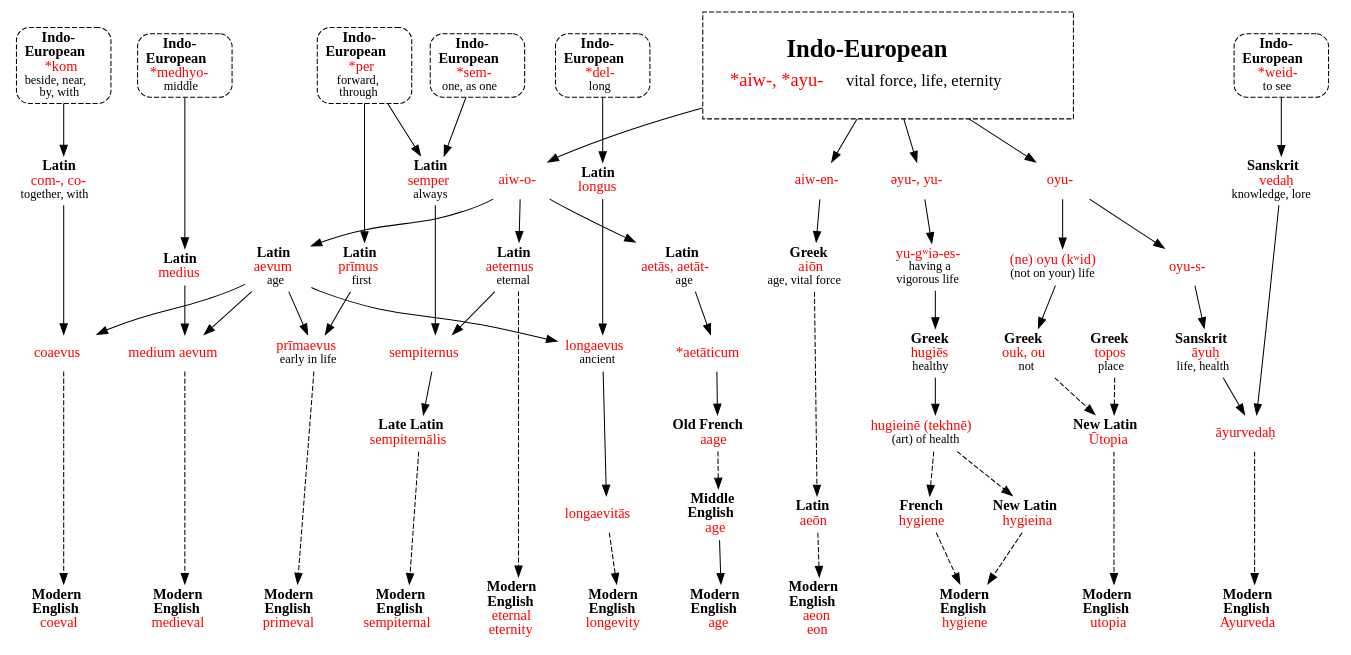
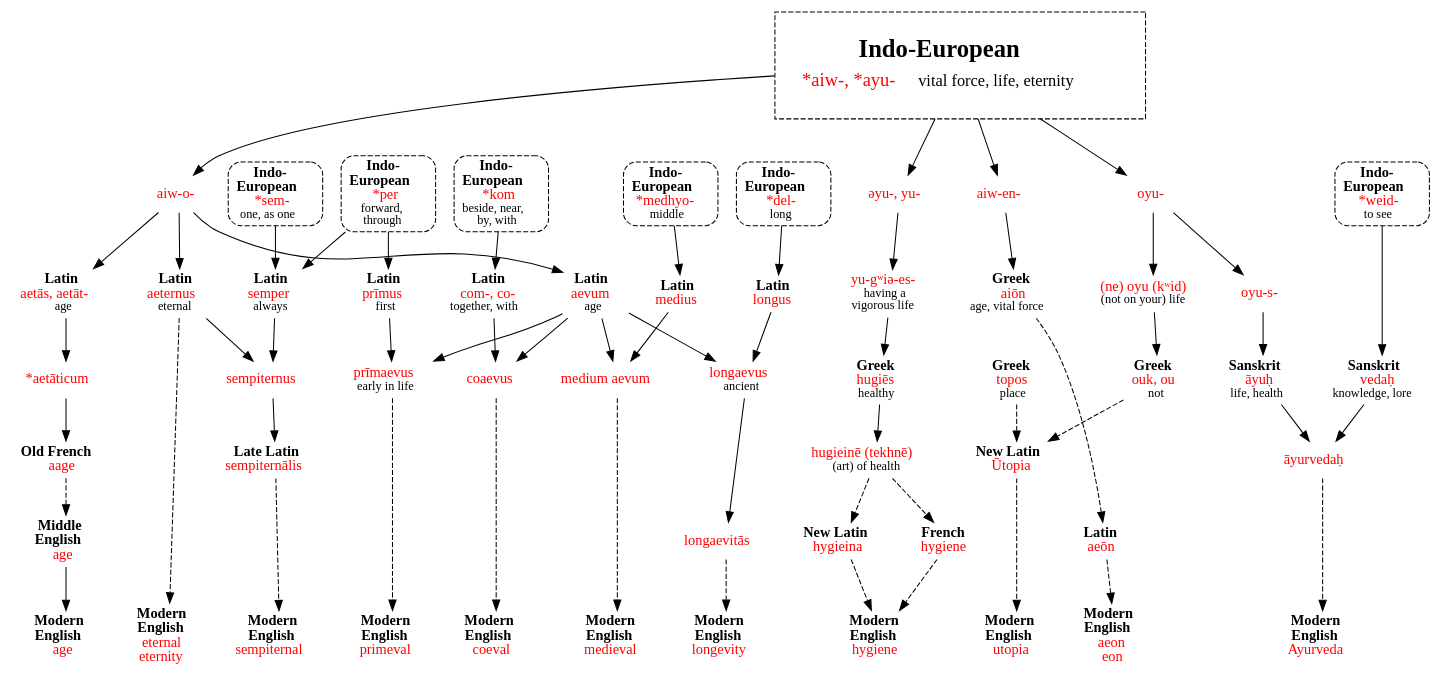
The diagram in aiw-life2.gv (thebrokenhallelujah/trees), drawn with Graphviz before and after one commit. The commit also changed 9 other files, not shown here.

```diff
--- a/aiw-life2.gv
+++ b/aiw-life2.gv
@@ -1,116 +1,116 @@
 strict digraph {
 /* sources: AHD */
 node [shape=none]
 
 aiwIE [label=<<table border="0"><tr><td colspan="2"><font point-size="24"><b>Indo-European</b></font></td></tr><tr><td><font point-size="18" color="red">*aiw-, *ayu-</font></td><td><font point-size="16">vital force, life, eternity</font></td></tr></table>> tooltip="Indo-European \"*aiw-, *ayu-\" vital force, life, eternity" shape=rect style=dashed peripheries=1 margin=.3 URL="aiw-life0.svg"]
 
 // coeval
 komIE [label=<<b>Indo-<br/>European</b><br/><font color="red">*kom</font><br/><font point-size="12">beside, near,<br/>by, with</font>> shape=box style="dashed,rounded" URL="kom-with.svg"]
 coL [label=<<b>Latin</b><br/><font color="red">com-, co-</font><br/><font point-size="12">together, with</font>>]
 aiwoIE [label=<<font color="red">aiw-o-</font>>]
 aevumL [label=<<b>Latin</b><br/><font color="red">aevum</font><br/><font point-size="12">age</font>>]
 coaevusL [label=<<font color="red">coaevus</font>>]
 coeval [label=<<b>Modern<br/>English</b><br/><font color="red">coeval</font>>]
 komIE -> coL
 aiwIE -> aiwoIE -> aevumL
 { coL aevumL } -> coaevusL
 coaevusL -> coeval [style=dashed]
 
 // medieval
 medhyoIE [label=<<b>Indo-<br/>European</b><br/><font color="red">*medhyo-</font><br/><font point-size="12">middle</font>> shape=box style="dashed,rounded" URL="medhyo-middle2.svg"]
 mediusL [label=<<b>Latin</b><br/><font color="red">medius</font>>]
 mediumaevumL [label=<<font color="red">medium aevum</font>>]
 medieval [label=<<b>Modern<br/>English</b><br/><font color="red">medieval</font>>]
 medhyoIE -> mediusL
 { mediusL aevumL } -> mediumaevumL
 mediumaevumL -> medieval [style=dashed]
 
 // primeval
 perIE [label=<<b>Indo-<br/>European</b><br/><font color="red">*per</font><br/><font point-size="12">forward,<br/>through</font>> shape=box style="dashed,rounded" URL="per-prai2.svg"]
 primusL [label=<<b>Latin</b><br/><font color="red">prīmus</font><br/><font point-size="12">first</font>>]
 primaevusL [label=<<font color="red">prīmaevus</font><br/><font point-size="12">early in life</font>>]
 primeval [label=<<b>Modern<br/>English</b><br/><font color="red">primeval</font>>]
 perIE -> primusL
 { primusL aevumL } -> primaevusL
 primaevusL -> primeval [style=dashed]
 
 // longevity
-delIE [label=<<b>Indo-<br/>European</b><br/><font color="red">*del-</font><br/><font point-size="12">long</font>> shape=box style="dashed,rounded" URL="del-long.svg"]
+delIE [label=<<b>Indo-<br/>European</b><br/><font color="red">*del-</font><br/><font point-size="12">long</font>> shape=box style="dashed,rounded" URL="del-long1.svg"]
 longusL [label=<<b>Latin</b><br/><font color="red">longus</font>>]
 longaevusL [label=<<font color="red">longaevus</font><br/><font point-size="12">ancient</font>>]
 longaevitasL [label=<<font color="red">longaevitās</font>>]
 longevity [label=<<b>Modern<br/>English</b><br/><font color="red">longevity</font>>]
 delIE -> longusL
 { longusL aevumL } -> longaevusL -> longaevitasL
 longaevitasL -> longevity [style=dashed]
 
 // eternal, eternity
 aeternusL [label=<<b>Latin</b><br/><font color="red">aeternus</font><br/><font point-size="12">eternal</font>>]
 eternal [label=<<b>Modern<br/>English</b><br/><font color="red">eternal<br/>eternity</font>>]
 aiwoIE -> aeternusL 
 aeternusL -> eternal [style=dashed]
 
 // sempiternal
 semIE [label=<<b>Indo-<br/>European</b><br/><font color="red">*sem-</font><br/><font point-size="12">one, as one</font>> shape=box style="dashed,rounded" URL="sem-one1.svg"]
 semperL [label=<<b>Latin</b><br/><font color="red">semper</font><br/><font point-size="12">always</font>>]
 sempiternusL [label=<<font color="red">sempiternus</font>>]
 sempiternalisL [label=<<b>Late Latin</b><br/><font color="red">sempiternālis</font>>]
 sempiternal [label=<<b>Modern<br/>English</b><br/><font color="red">sempiternal</font>>]
 { semIE perIE } -> semperL 
 { semperL aeternusL } -> sempiternusL -> sempiternalisL
 sempiternalisL -> sempiternal [style=dashed]
 
 // age
 aetasL [label=<<b>Latin</b><br/><font color="red">aetās, aetāt-</font><br/><font point-size="12">age</font>>]
 aetaticumL [label=<<font color="red">*aetāticum</font>>]
 aageOF [label=<<b>Old French</b><br/><font color="red">aage</font>>]
 ageME [label=<<b>Middle<br/>English</b><br/><font color="red">age</font>>]
 age [label=<<b>Modern<br/>English</b><br/><font color="red">age</font>>]
 aiwoIE -> aetasL -> aetaticumL -> aageOF
 aageOF -> ageME [style=dashed]
 ageME -> age
 
 // eon
 aiwenIE [label=<<font color="red">aiw-en-</font>>]
 aionGk [label=<<b>Greek</b><br/><font color="red">aiōn</font><br/><font point-size="12">age, vital force</font>>]
 aeonL [label=<<b>Latin</b><br/><font color="red">aeōn</font>>]
 eon [label=<<b>Modern<br/>English</b><br/><font color="red">aeon<br/>eon</font>>]
 aiwIE -> aiwenIE -> aionGk
 aionGk -> aeonL -> eon [style=dashed]
 
 // hygiene
 yuIE [label=<<font color="red">əyu-, yu-</font>>]
 yugwiees [label=<<font color="red">yu-gʷiə-es-</font><br/><font point-size="12">having a<br/>vigorous life</font>>]
 hugiesGk [label=<<b>Greek</b><br/><font color="red">hugiēs</font><br/><font point-size="12">healthy</font>>]
 hugieineGk [label=<<font color="red">hugieinē (tekhnē)</font><br/><font point-size="12">(art) of health</font>>]
 hygieneF [label=<<b>French</b><br/><font color="red">hygiene</font>>]
 hygieinaNL [label=<<b>New Latin</b><br/><font color="red">hygieina</font>>]
 hygiene [label=<<b>Modern<br/>English</b><br/><font color="red">hygiene</font>>]
 aiwIE -> yuIE -> yugwiees -> hugiesGk -> hugieineGk
 hugieineGk -> { hygieneF hygieinaNL } -> hygiene [style=dashed]
 
 // utopia
 oyuIE [label=<<font color="red">oyu-</font>>]
 neoyukwid [label=<<font color="red">(ne) oyu (kʷid)</font><br/><font point-size="12">(not on your) life</font>>]
 ouGk [label=<<b>Greek</b><br/><font color="red">ouk, ou</font><br/><font point-size="12">not</font>>]
 toposGk [label=<<b>Greek</b><br/><font color="red">topos</font><br/><font point-size="12">place</font>>]
 utopiaNL [label=<<b>New Latin</b><br/><font color="red">Ūtopia</font>>]
 utopia [label=<<b>Modern<br/>English</b><br/><font color="red">utopia</font>>]
 aiwIE -> oyuIE -> neoyukwid -> ouGk
 { ouGk toposGk } -> utopiaNL -> utopia [style=dashed]
 
 // Ayurveda
 oyusIE [label=<<font color="red">oyu-s-</font>>]
 ayuhSk [label=<<b>Sanskrit</b><br/><font color="red">āyuḥ</font><br/><font point-size="12">life, health</font>>]
 weidIE [label=<<b>Indo-<br/>European</b><br/><font color="red">*weid-</font><br/><font point-size="12">to see</font>> shape=box style="dashed,rounded" URL="weid-see1.svg"]
 vedahSk [label=<<b>Sanskrit</b><br/><font color="red">vedaḥ</font><br/><font point-size="12">knowledge, lore</font>>]
 ayurvedahSk [label=<<font color="red">āyurvedaḥ</font>>]
 ayurveda [label=<<b>Modern<br/>English</b><br/><font color="red">Ayurveda</font>>]
 oyuIE -> oyusIE -> ayuhSk
 weidIE -> vedahSk
 { ayuhSk vedahSk } -> ayurvedahSk
 ayurvedahSk -> ayurveda [style=dashed]
 
 { rank=sink coeval medieval primeval longevity eternal sempiternal age eon hygiene utopia ayurveda }
-{ rank=same komIE medhyoIE perIE delIE weidIE aiwIE semIE }
+{ rank=same komIE medhyoIE perIE delIE weidIE semIE aiwoIE aiwenIE yuIE oyuIE }
 }
```
